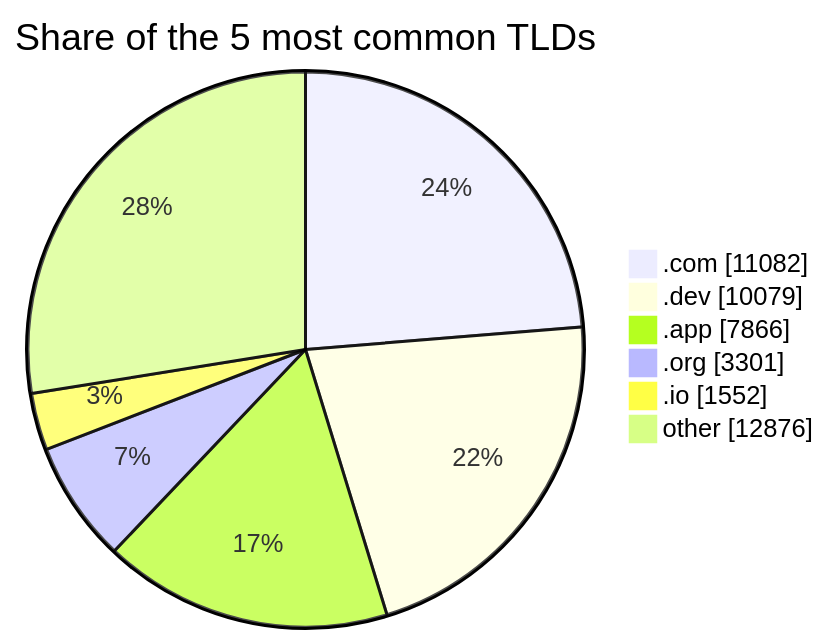
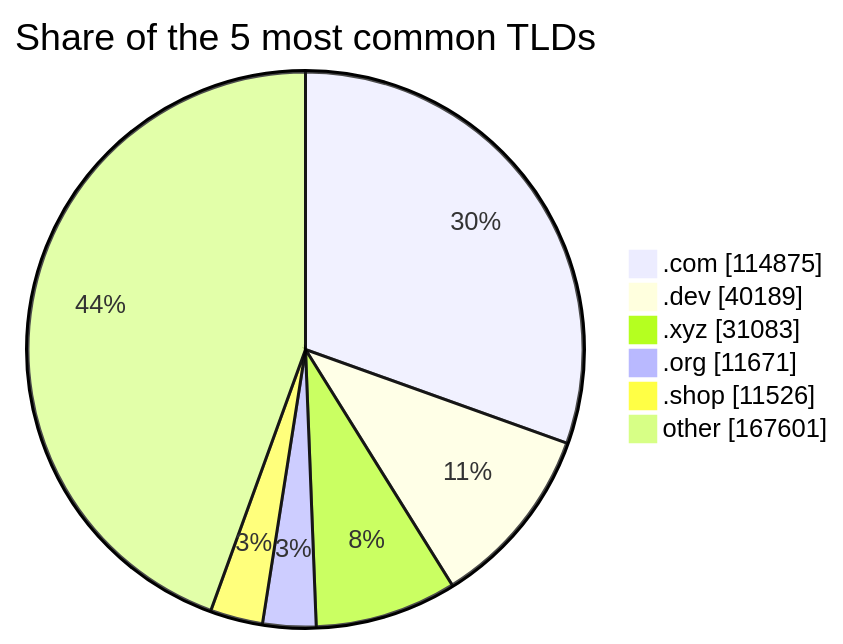
The third of 3 diagrams in README.md (DNSBunker/CTI), drawn with Mermaid before and after one commit. The commit also changed other lines of this file and 3 other files, not shown here.

````diff
--- a/README.md
+++ b/README.md
@@ -81,9 +81,9 @@
 ```mermaid
 pie showData title Share of the 5 most common TLDs
-    ".com" : 11082
-    ".dev" : 10079
-    ".app" : 7866
-    ".org" : 3301
-    ".io" : 1552
-    "other" : 12876
+    ".com" : 114875
+    ".dev" : 40189
+    ".xyz" : 31083
+    ".org" : 11671
+    ".shop" : 11526
+    "other" : 167601
 ```
````
